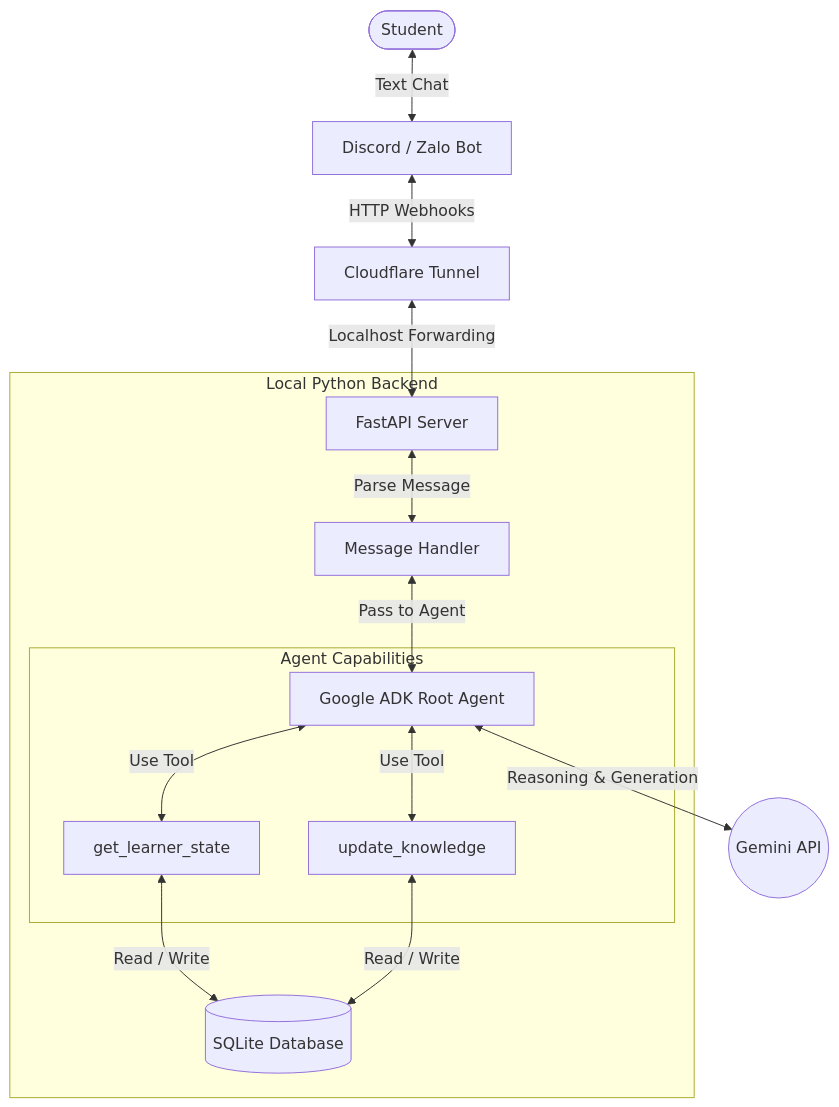
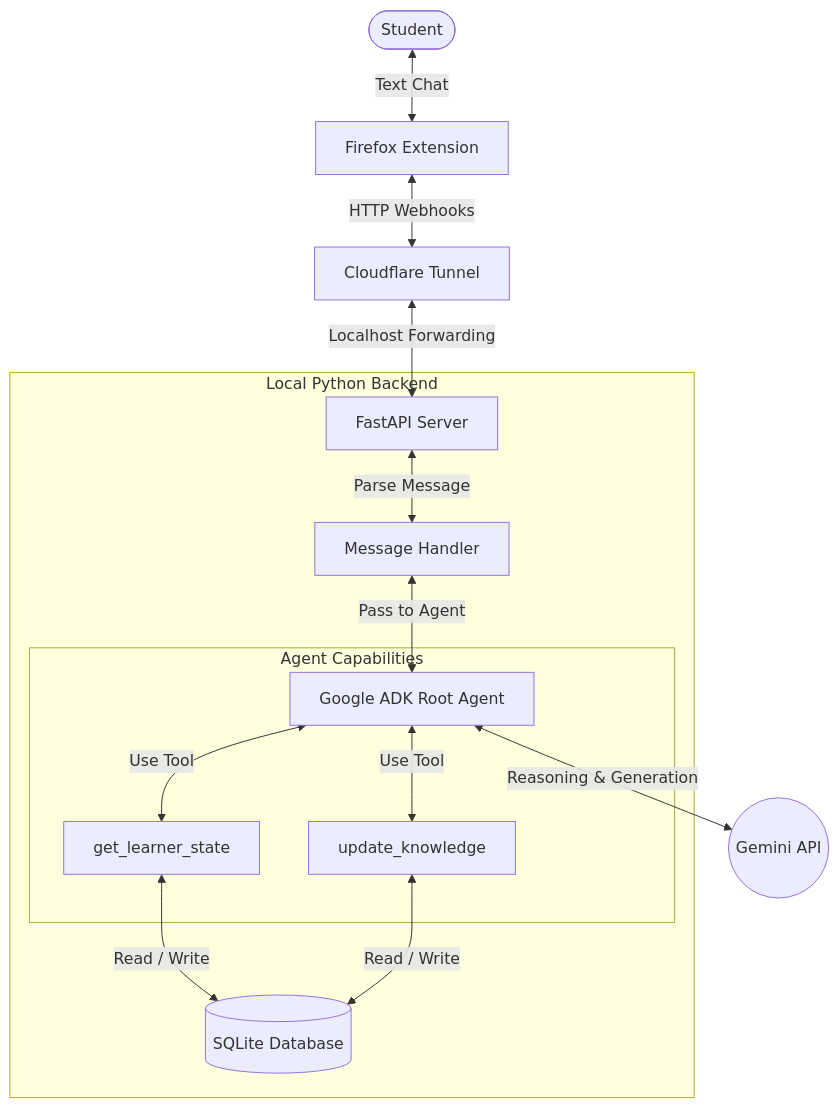
Before and after one commit to dientruonggg/Hackathon-T9-2026: the diagram in docs/MVP_Architecture_Blueprint.md, drawn with Mermaid. The commit also changed 5 other files, not shown here.

Commit message:
Pivot UI to Firefox Extension, update docs and enable CORS

````diff
--- a/docs/MVP_Architecture_Blueprint.md
+++ b/docs/MVP_Architecture_Blueprint.md
@@ -9,20 +9,20 @@
 ```mermaid
 flowchart TD
-    User([Student]) <-->|Text Chat| UI[Discord / Zalo Bot]
+    User([Student]) <-->|Text Chat| UI[Firefox Extension]
     UI <-->|HTTP Webhooks| CF[Cloudflare Tunnel]
     CF <-->|Localhost Forwarding| API[FastAPI Server]
 
     subgraph "Local Python Backend"
         API <-->|Parse Message| Core[Message Handler]
         Core <-->|Pass to Agent| ADK[Google ADK Root Agent]
         
         subgraph "Agent Capabilities"
             ADK <-->|Use Tool| T1[get_learner_state]
             ADK <-->|Use Tool| T2[update_knowledge]
         end
         
         T1 & T2 <-->|Read / Write| DB[(SQLite Database)]
     end
 
     ADK <-->|Reasoning & Generation| LLM((Gemini API))
 ```
````
